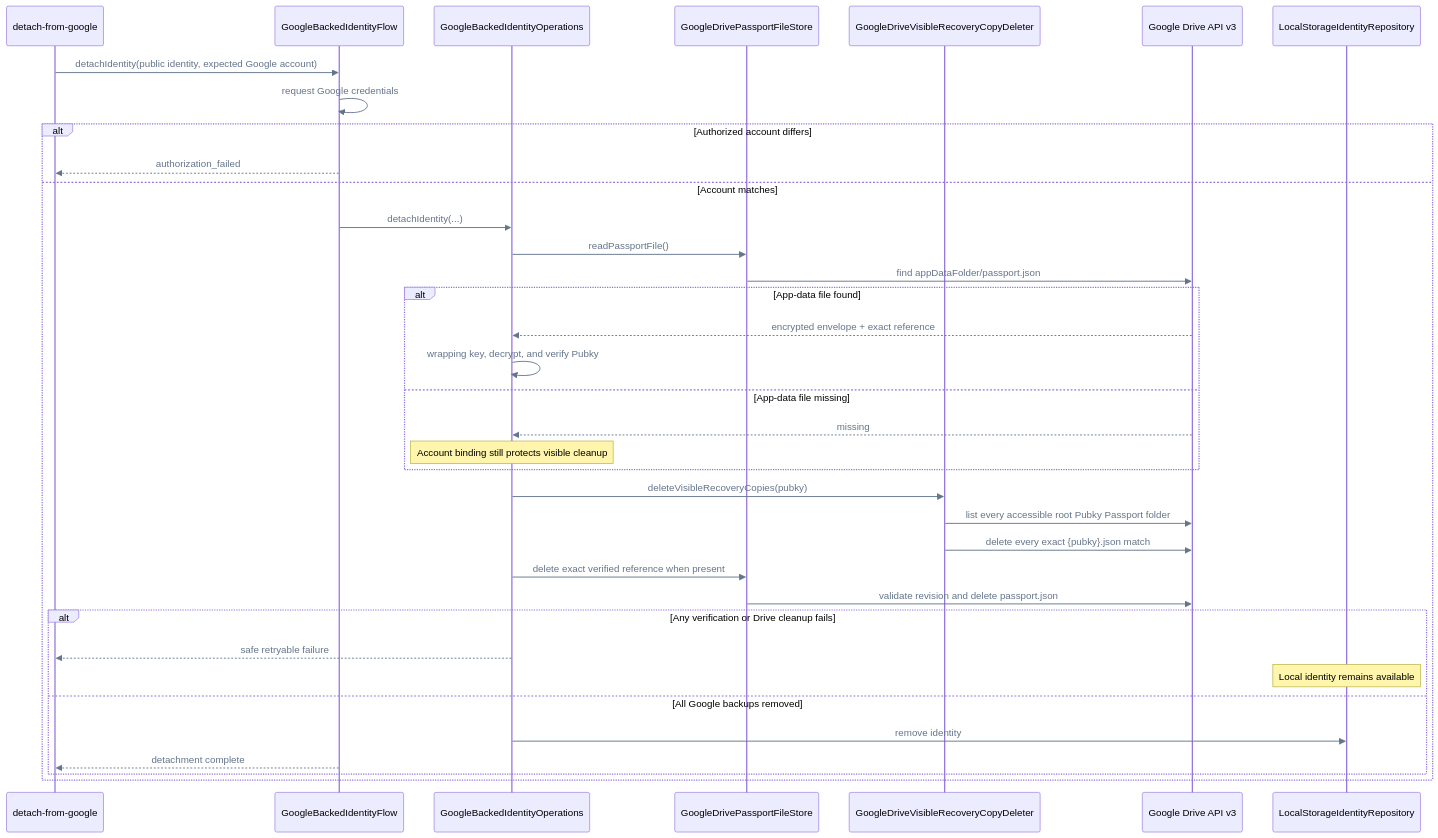
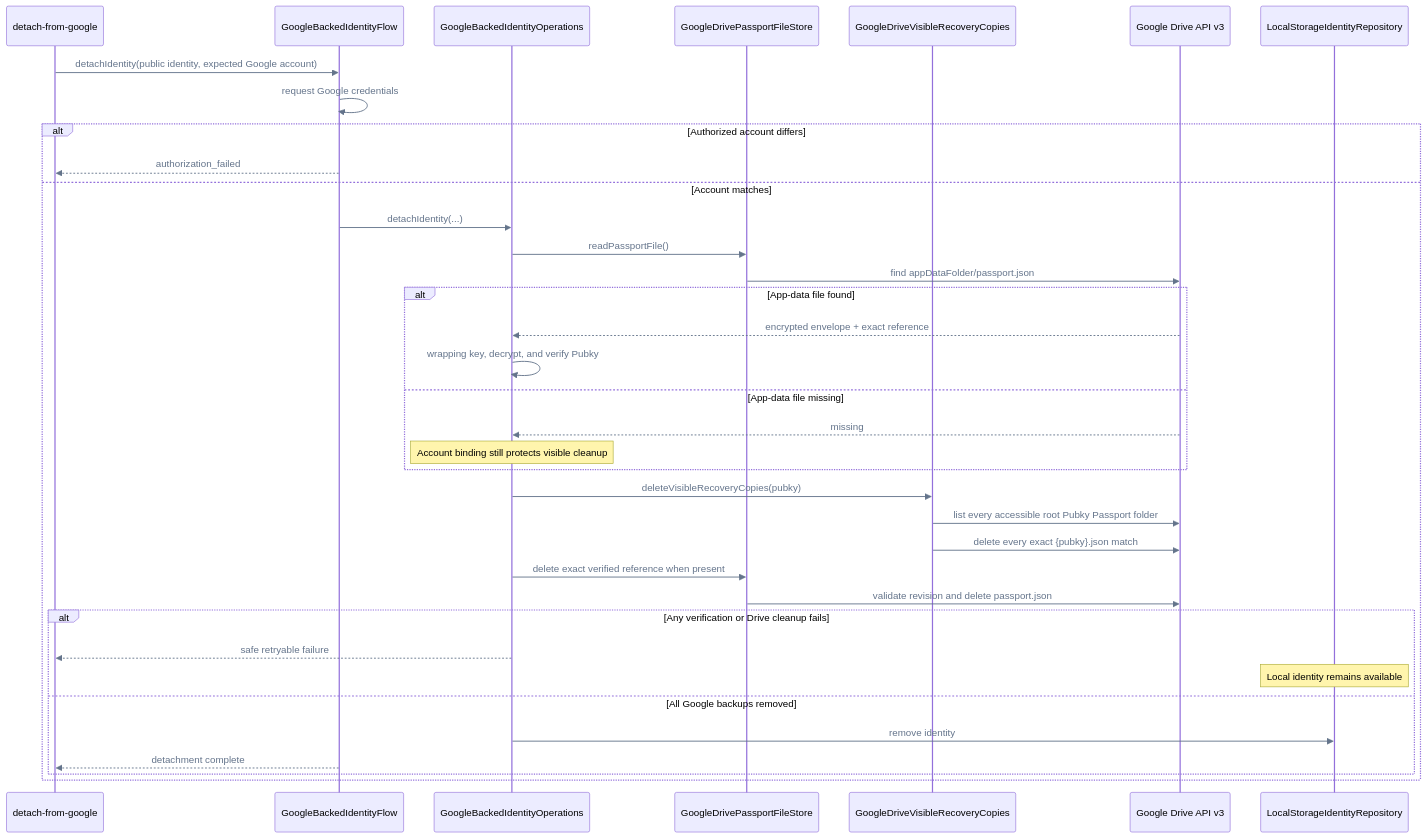
Diagram 12 of 14 in FLOWS.md (pubky/pubky-passport), drawn with Mermaid before and after one commit. The commit also changed other lines of this file and 18 other files, not shown here.

````diff
--- a/FLOWS.md
+++ b/FLOWS.md
@@ -624,42 +623,42 @@
 ```mermaid
 %%{init: {"themeVariables": {"signalColor": "#64748B", "signalTextColor": "#64748B"}}}%%
 sequenceDiagram
     accTitle: Detach a Pubky identity from Google
     accDescr: Passport verifies the account and identity, deletes every Google backup, and clears the local identity last.
     participant UI as detach-from-google
     participant GoogleFlow as GoogleBackedIdentityFlow
     participant Operations as GoogleBackedIdentityOperations
-    participant AppData as GoogleDrivePassportFileStore
-    participant Visible as GoogleDriveVisibleRecoveryCopyDeleter
+    participant DriveStore as GoogleDrivePassportFileStore
+    participant VisibleCopies as GoogleDriveVisibleRecoveryCopies
     participant Drive as Google Drive API v3
     participant Local as LocalStorageIdentityRepository
 
     UI->>GoogleFlow: detachIdentity(public identity, expected Google account)
     GoogleFlow->>GoogleFlow: request Google credentials
     alt Authorized account differs
         GoogleFlow-->>UI: authorization_failed
     else Account matches
         GoogleFlow->>Operations: detachIdentity(...)
-        Operations->>AppData: readPassportFile()
-        AppData->>Drive: find appDataFolder/passport.json
+        Operations->>DriveStore: readPassportFile()
+        DriveStore->>Drive: find appDataFolder/passport.json
         alt App-data file found
             Drive-->>Operations: encrypted envelope + exact reference
             Operations->>Operations: wrapping key, decrypt, and verify Pubky
         else App-data file missing
             Drive-->>Operations: missing
             Note over Operations: Account binding still protects visible cleanup
         end
-        Operations->>Visible: deleteVisibleRecoveryCopies(pubky)
-        Visible->>Drive: list every accessible root Pubky Passport folder
-        Visible->>Drive: delete every exact {pubky}.json match
-        Operations->>AppData: delete exact verified reference when present
-        AppData->>Drive: validate revision and delete passport.json
+        Operations->>VisibleCopies: deleteVisibleRecoveryCopies(pubky)
+        VisibleCopies->>Drive: list every accessible root Pubky Passport folder
+        VisibleCopies->>Drive: delete every exact {pubky}.json match
+        Operations->>DriveStore: delete exact verified reference when present
+        DriveStore->>Drive: validate revision and delete passport.json
         alt Any verification or Drive cleanup fails
             Operations-->>UI: safe retryable failure
             Note over Local: Local identity remains available
         else All Google backups removed
             Operations->>Local: remove identity
             GoogleFlow-->>UI: detachment complete
         end
     end
 ```
````
